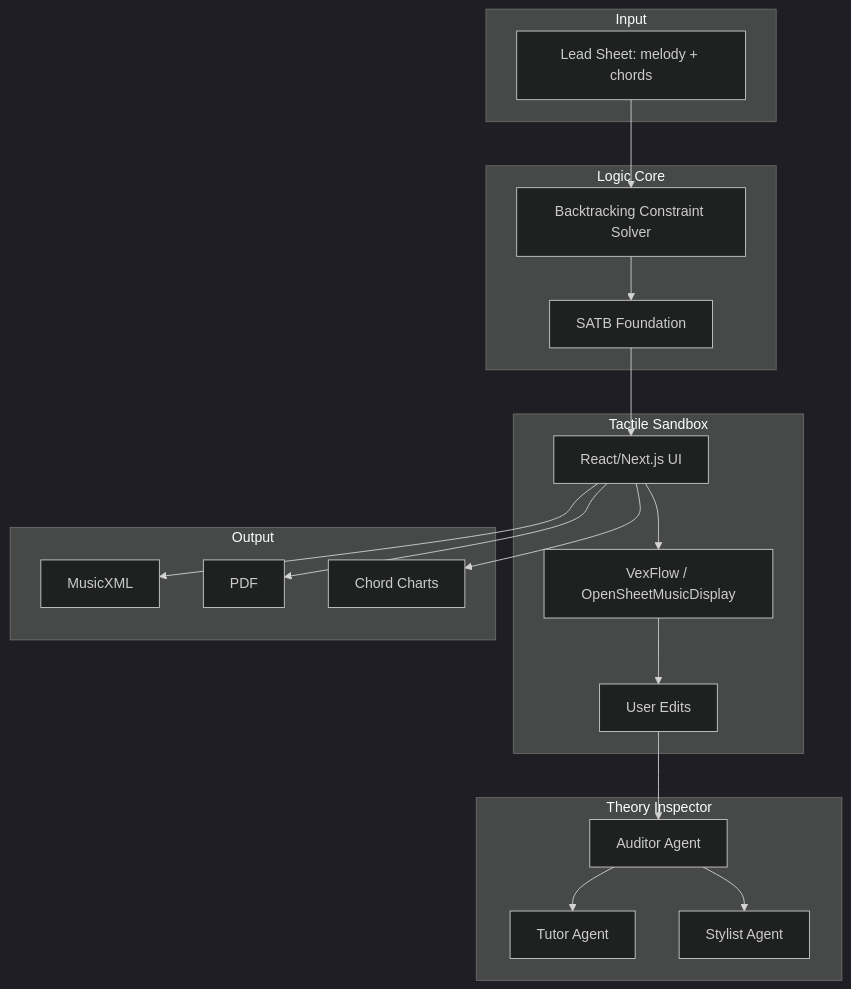
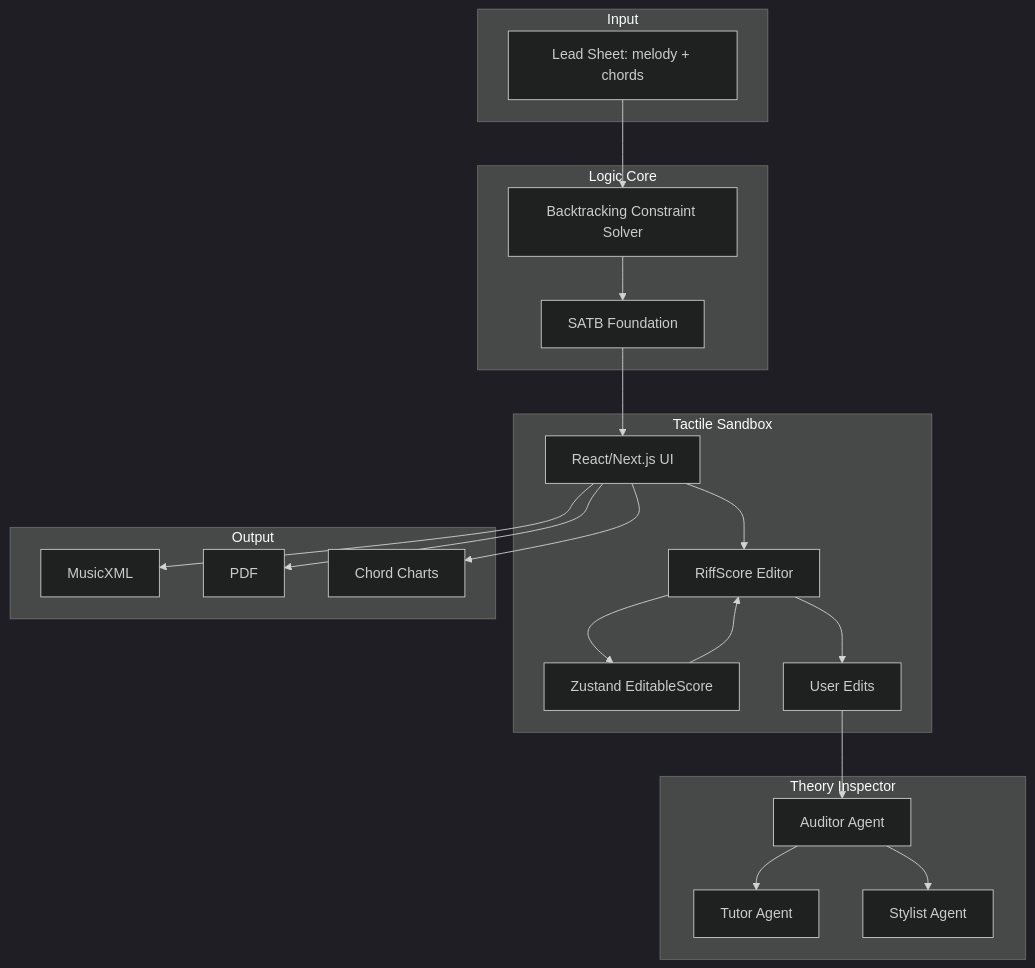
One commit to spatel54/harmonyforge changed the diagram in docs/context/system-map.md. Above: the diagram before and after it, drawn with Mermaid (dark theme). The commit also changed other lines of this file and 34 other files, not shown here.

````diff
--- a/docs/context/system-map.md
+++ b/docs/context/system-map.md
@@ -14,41 +14,44 @@
 ```mermaid
 flowchart TB
     subgraph input [Input]
         LeadSheet[Lead Sheet: melody + chords]
     end
 
     subgraph logic [Logic Core]
         Solver[Backtracking Constraint Solver]
         SATB[SATB Foundation]
     end
 
     subgraph sandbox [Tactile Sandbox]
         UI[React/Next.js UI]
-        VexFlow[VexFlow / OpenSheetMusicDisplay]
+        RiffScore[RiffScore Editor]
+        Zustand[Zustand EditableScore]
         Edits[User Edits]
     end
 
     subgraph explain [Theory Inspector]
         Auditor[Auditor Agent]
         Tutor[Tutor Agent]
         Stylist[Stylist Agent]
     end
 
     subgraph output [Output]
         MusicXML[MusicXML]
         PDF[PDF]
         ChordCharts[Chord Charts]
     end
 
     LeadSheet --> Solver
     Solver --> SATB
     SATB --> UI
-    UI --> VexFlow
-    VexFlow --> Edits
+    UI --> RiffScore
+    RiffScore --> Zustand
+    Zustand --> RiffScore
+    RiffScore --> Edits
     Edits --> Auditor
     Auditor --> Tutor
     Auditor --> Stylist
     UI --> MusicXML
     UI --> PDF
     UI --> ChordCharts
 ```
````
